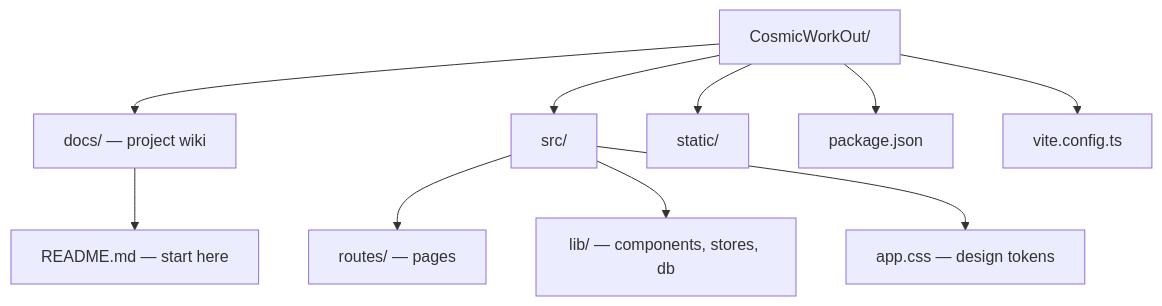
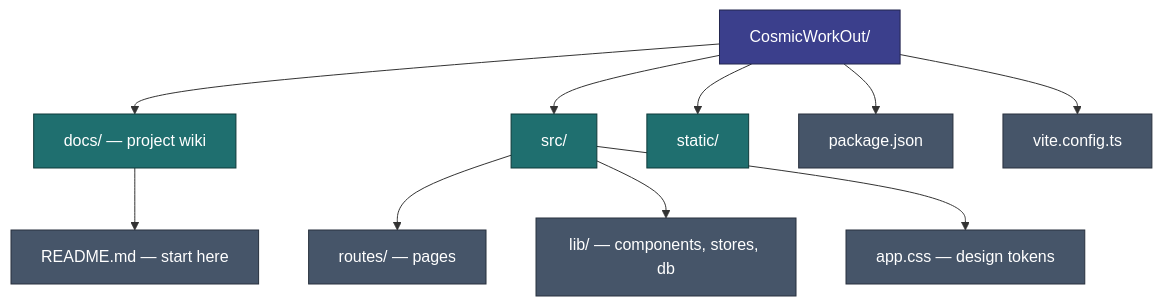
The diagram in docs/implementation/dev-guide.md (jermbo/CosmicWorkOut), drawn with Mermaid before and after one commit. The commit also changed other lines of this file and 132 other files, not shown here.

````diff
--- a/docs/implementation/dev-guide.md
+++ b/docs/implementation/dev-guide.md
@@ -30,15 +30,22 @@
 ```mermaid
 flowchart TB
     root[CosmicWorkOut/]
     root --> docs[docs/ — project wiki]
     root --> src[src/]
     root --> static[static/]
     root --> pkg[package.json]
     root --> vite[vite.config.ts]
 
     docs --> wiki[README.md — start here]
 
     src --> routes[routes/ — pages]
     src --> lib[lib/ — components, stores, db]
     src --> appcss[app.css — design tokens]
+
+    classDef root fill:#3b3f8c,stroke:#23264f,color:#ffffff;
+    classDef folder fill:#1f6f6f,stroke:#0f3a3a,color:#ffffff;
+    classDef leaf fill:#465569,stroke:#28313e,color:#ffffff;
+    class root root;
+    class docs,src,static folder;
+    class pkg,vite,wiki,routes,lib,appcss leaf;
 ```
````
